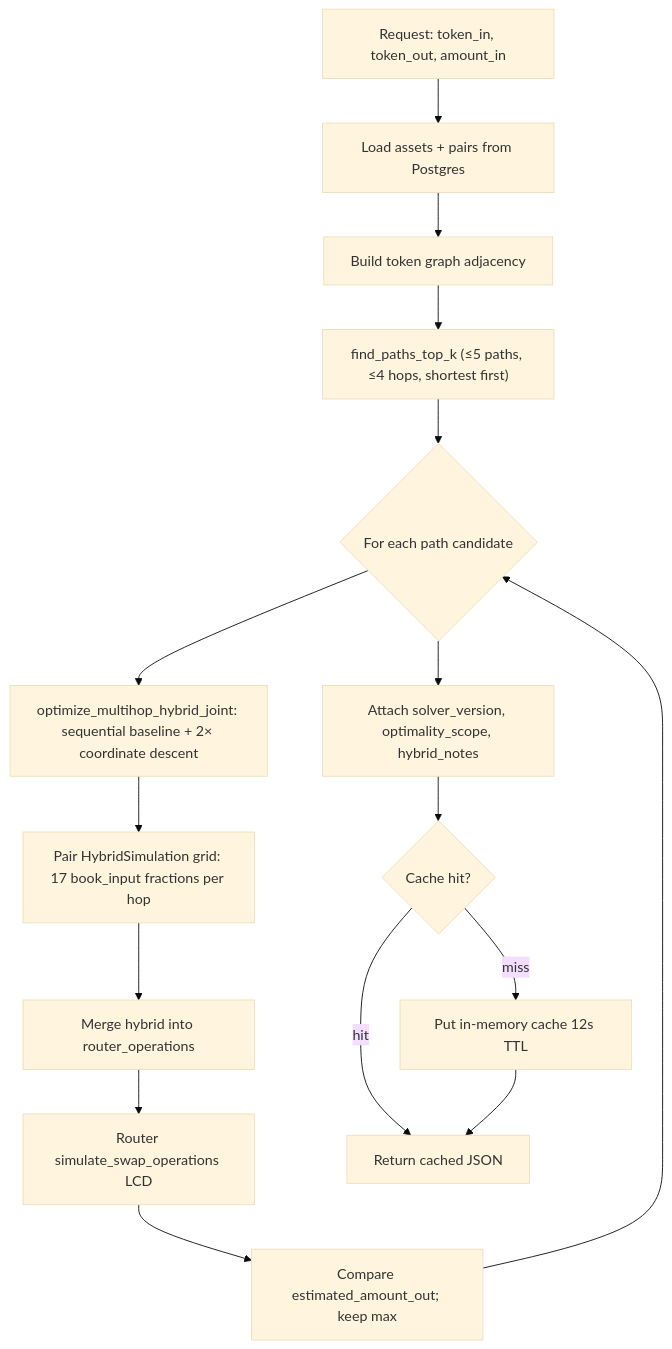
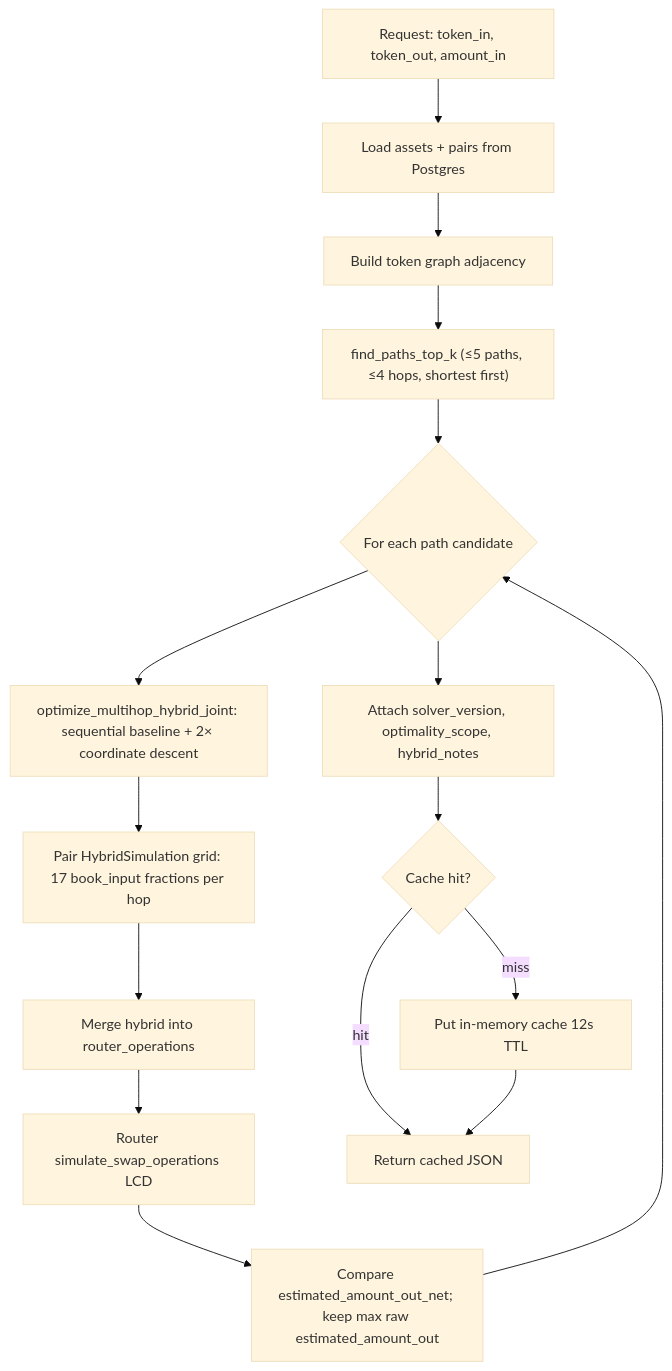
One commit to PlasticDigits/cl8y-dex-terraclassic changed the diagram in docs/route-solver.md. Above: the diagram before and after it, drawn with Mermaid (base theme). The commit also changed other lines of this file and 31 other files, not shown here.

````diff
--- a/docs/route-solver.md
+++ b/docs/route-solver.md
@@ -38,18 +38,18 @@
 ```mermaid
 flowchart TD
     A[Request: token_in, token_out, amount_in] --> B[Load assets + pairs from Postgres]
     B --> C[Build token graph adjacency]
     C --> D["find_paths_top_k (≤5 paths, ≤4 hops, shortest first)"]
     D --> E{For each path candidate}
     E --> F["optimize_multihop_hybrid_joint: sequential baseline + 2× coordinate descent"]
     F --> G[Pair HybridSimulation grid: 17 book_input fractions per hop]
     G --> H[Merge hybrid into router_operations]
     H --> I[Router simulate_swap_operations LCD]
-    I --> J[Compare estimated_amount_out; keep max]
+    I --> J[Compare estimated_amount_out_net; keep max raw estimated_amount_out]
     J --> E
     E --> K[Attach solver_version, optimality_scope, hybrid_notes]
     K --> L{Cache hit?}
     L -->|miss| M[Put in-memory cache 12s TTL]
     L -->|hit| N[Return cached JSON]
     M --> N
 ```
````
